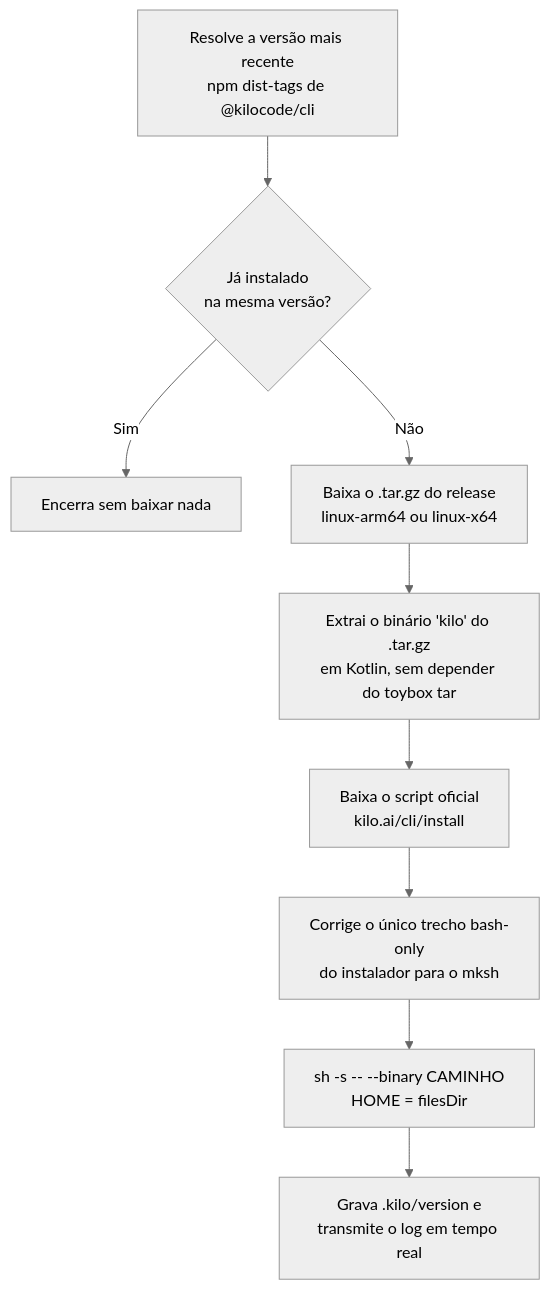
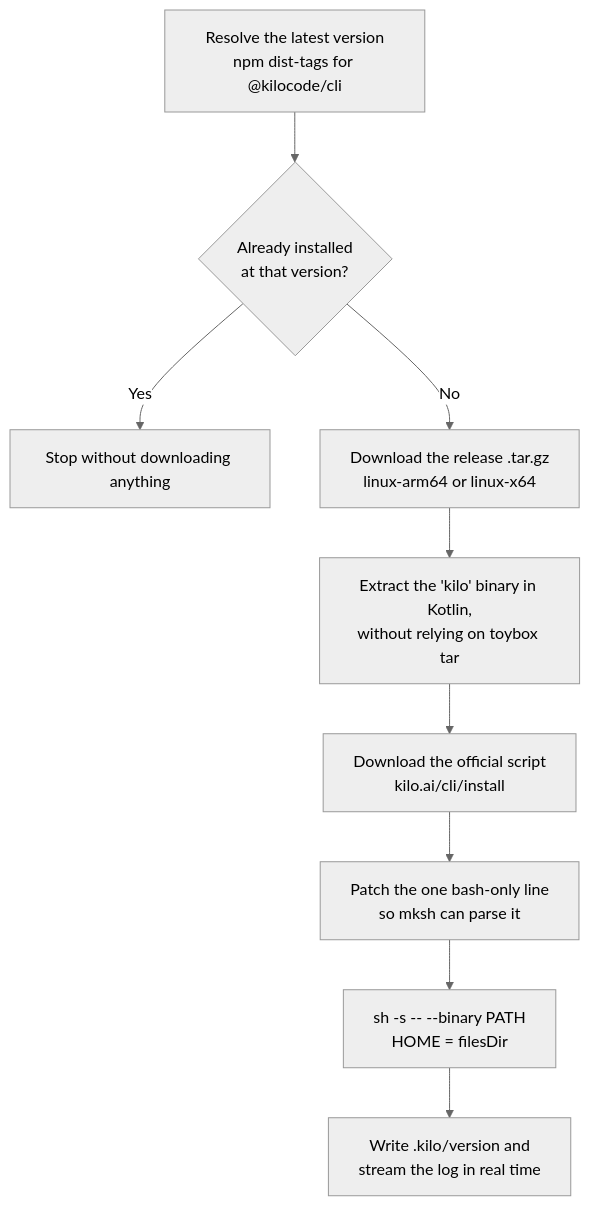
One commit to git-evandro/fusion-cli changed the diagram in README.md. Above: the diagram before and after it, drawn with Mermaid (neutral theme). The commit also changed other lines of this file and 1 other file, not shown here.

````diff
--- a/README.md
+++ b/README.md
@@ -80,11 +82,11 @@
 ```mermaid
 flowchart TD
-    A["Resolve a versão mais recente<br/>npm dist-tags de @kilocode/cli"] --> B{"Já instalado<br/>na mesma versão?"}
-    B -- Sim --> C["Encerra sem baixar nada"]
-    B -- Não --> D["Baixa o .tar.gz do release<br/>linux-arm64 ou linux-x64"]
-    D --> E["Extrai o binário 'kilo' do .tar.gz<br/>em Kotlin, sem depender do toybox tar"]
-    E --> F["Baixa o script oficial<br/>kilo.ai/cli/install"]
-    F --> G["Corrige o único trecho bash-only<br/>do instalador para o mksh"]
-    G --> H["sh -s -- --binary CAMINHO<br/>HOME = filesDir"]
-    H --> I["Grava .kilo/version e<br/>transmite o log em tempo real"]
+    A["Resolve the latest version<br/>npm dist-tags for @kilocode/cli"] --> B{"Already installed<br/>at that version?"}
+    B -- Yes --> C["Stop without downloading anything"]
+    B -- No --> D["Download the release .tar.gz<br/>linux-arm64 or linux-x64"]
+    D --> E["Extract the 'kilo' binary in Kotlin,<br/>without relying on toybox tar"]
+    E --> F["Download the official script<br/>kilo.ai/cli/install"]
+    F --> G["Patch the one bash-only line<br/>so mksh can parse it"]
+    G --> H["sh -s -- --binary PATH<br/>HOME = filesDir"]
+    H --> I["Write .kilo/version and<br/>stream the log in real time"]
 ```
````
